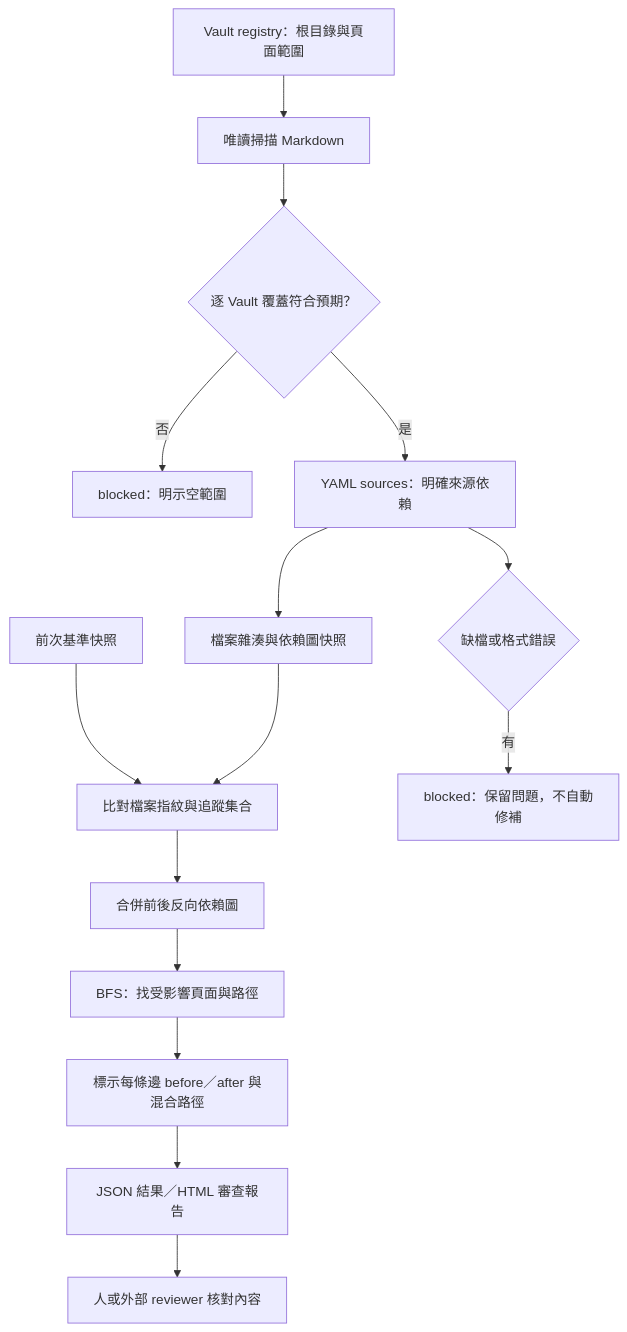
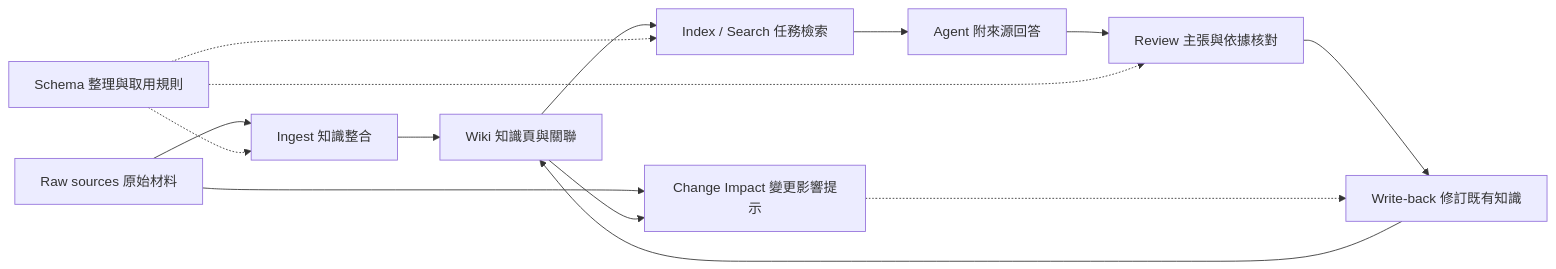
One commit to minxinchen/wiki-change-impact changed the first of 2 diagrams in README.md. Above: the diagram before and after it, drawn with Mermaid. The commit also changed other lines of this file and 4 other files, not shown here.

````diff
--- a/README.md
+++ b/README.md
@@ -140,17 +22,16 @@
 ```mermaid
-flowchart TD
-    A[Vault registry：根目錄與頁面範圍] --> B[唯讀掃描 Markdown]
-    B --> BC{逐 Vault 覆蓋符合預期？}
-    BC -->|否| LC[blocked：明示空範圍]
-    BC -->|是| C[YAML sources：明確來源依賴]
-    C --> D[檔案雜湊與依賴圖快照]
-    E[前次基準快照] --> F[比對檔案指紋與追蹤集合]
-    D --> F
-    F --> G[合併前後反向依賴圖]
-    G --> H[BFS：找受影響頁面與路徑]
-    H --> HV[標示每條邊 before／after 與混合路徑]
-    HV --> I[JSON 結果／HTML 審查報告]
-    I --> J[人或外部 reviewer 核對內容]
-    C --> K{缺檔或格式錯誤}
-    K -->|有| L[blocked：保留問題，不自動修補]
+flowchart LR
+    A[Raw sources 原始材料] --> B[Ingest 知識整合]
+    B --> C[Wiki 知識頁與關聯]
+    C --> D[Index / Search 任務檢索]
+    D --> E[Agent 附來源回答]
+    E --> F[Review 主張與依據核對]
+    F --> G[Write-back 修訂既有知識]
+    G --> C
+    H[Schema 整理與取用規則] -.-> B
+    H -.-> D
+    H -.-> F
+    A --> I[Change Impact 變更影響提示]
+    C --> I
+    I -.-> G
 ```
````
